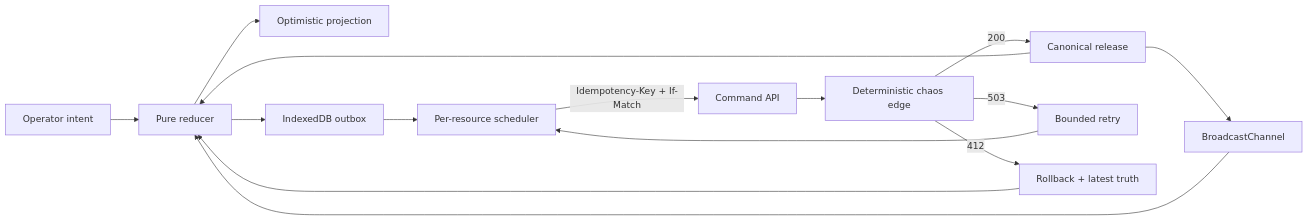
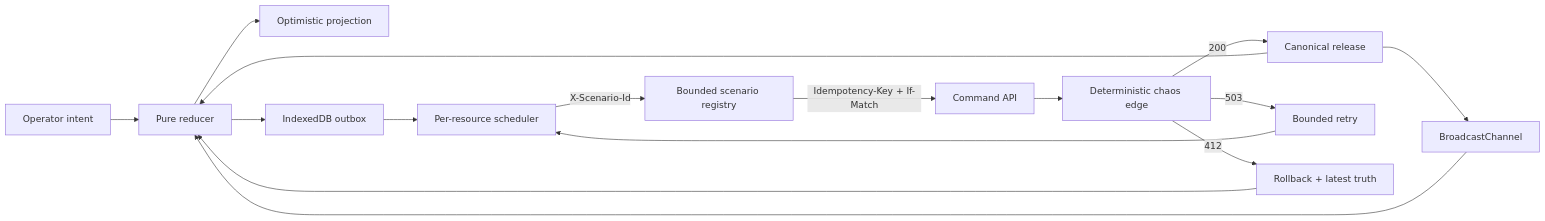
Before and after one commit to ReaperXD67/rollforward-optimistic-engine: the diagram in docs/ARCHITECTURE.md, drawn with Mermaid. The commit also changed other lines of this file and 9 other files, not shown here.

````diff
--- a/docs/ARCHITECTURE.md
+++ b/docs/ARCHITECTURE.md
@@ -5,17 +5,18 @@
 ```mermaid
 flowchart LR
     A[Operator intent] --> B[Pure reducer]
     B --> C[Optimistic projection]
     B --> D[IndexedDB outbox]
     D --> E[Per-resource scheduler]
-    E -- Idempotency-Key + If-Match --> F[Command API]
-    F --> G[Deterministic chaos edge]
-    G -- 200 --> H[Canonical release]
-    G -- 503 --> I[Bounded retry]
+    E -- X-Scenario-Id --> F[Bounded scenario registry]
+    F -- Idempotency-Key + If-Match --> G[Command API]
+    G --> X[Deterministic chaos edge]
+    X -- 200 --> H[Canonical release]
+    X -- 503 --> I[Bounded retry]
     I --> E
-    G -- 412 --> J[Rollback + latest truth]
+    X -- 412 --> J[Rollback + latest truth]
     H --> K[BroadcastChannel]
     H --> B
     J --> B
     K --> B
 ```
````
